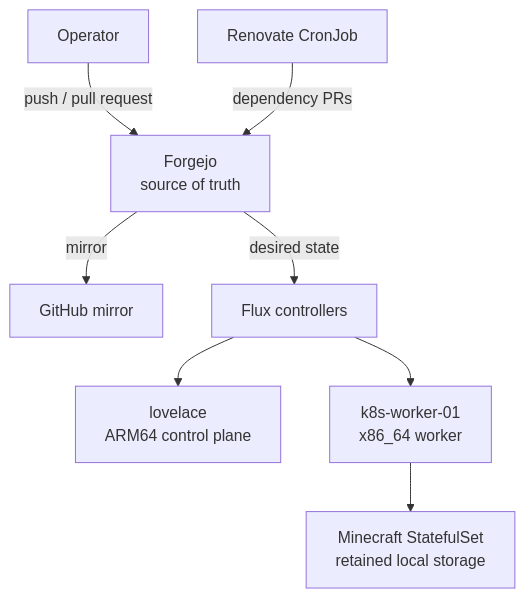
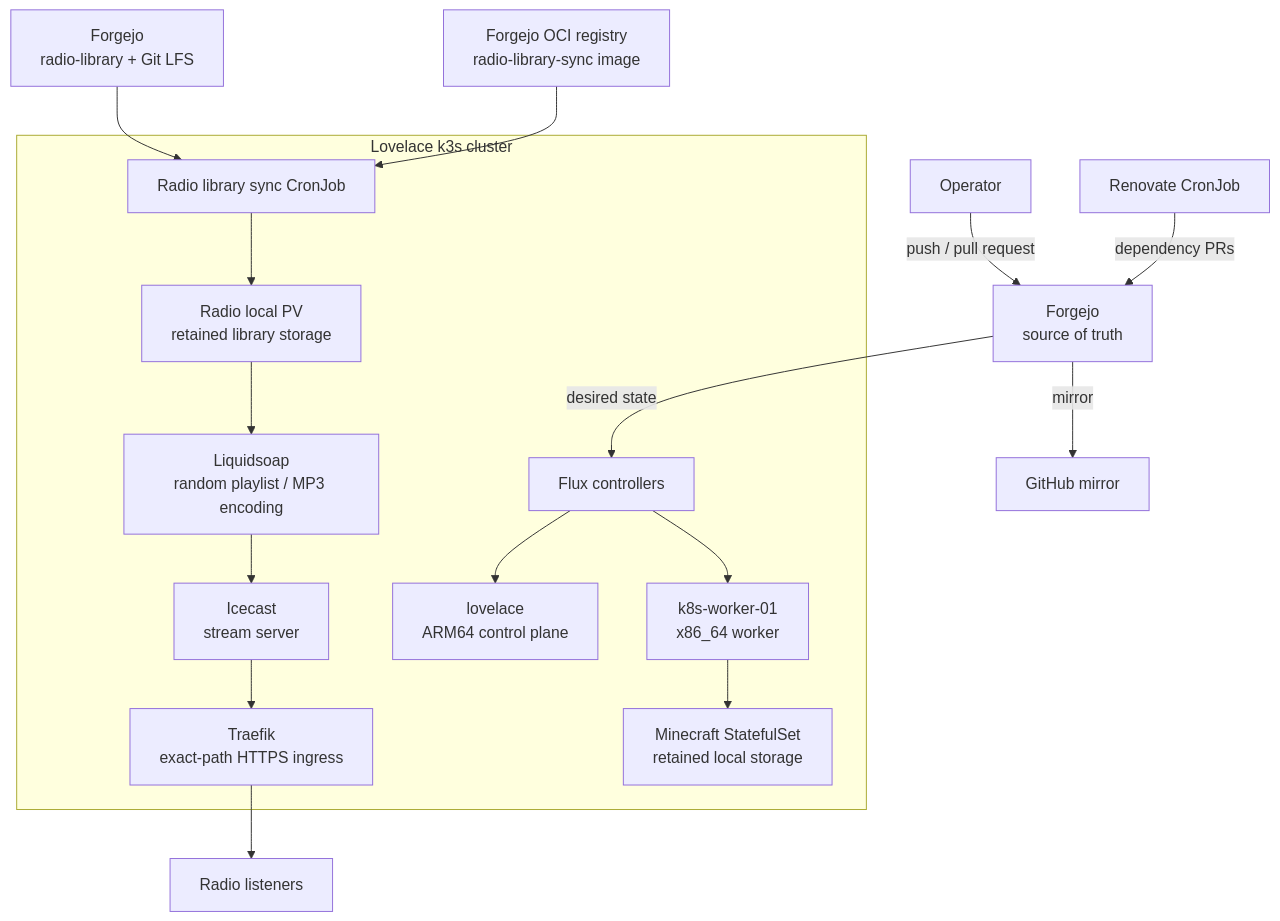
One commit to calico88x/lovelace-cluster changed the first of 2 diagrams in README.md. Above: the diagram before and after it, drawn with Mermaid. The commit also changed other lines of this file and 3 other files, not shown here.

Commit message:
docs: document radio architecture and operations

````diff
--- a/README.md
+++ b/README.md
@@ -9,10 +9,24 @@
 ```mermaid
 flowchart TD
-    user["Operator"] -->|push / pull request| forgejo["Forgejo\nsource of truth"]
+    operator["Operator"] -->|push / pull request| forgejo["Forgejo<br/>source of truth"]
     renovate["Renovate CronJob"] -->|dependency PRs| forgejo
     forgejo -->|mirror| github["GitHub mirror"]
     forgejo -->|desired state| flux["Flux controllers"]
-    flux --> control["lovelace\nARM64 control plane"]
-    flux --> worker["k8s-worker-01\nx86_64 worker"]
-    worker --> minecraft["Minecraft StatefulSet\nretained local storage"]
+
+    library["Forgejo<br/>radio-library + Git LFS"] --> radiosync
+    registry["Forgejo OCI registry<br/>radio-library-sync image"] --> radiosync
+
+    subgraph cluster["Lovelace k3s cluster"]
+        flux --> control["lovelace<br/>ARM64 control plane"]
+        flux --> worker["k8s-worker-01<br/>x86_64 worker"]
+
+        worker --> minecraft["Minecraft StatefulSet<br/>retained local storage"]
+
+        radiosync["Radio library sync CronJob"] --> radiopv["Radio local PV<br/>retained library storage"]
+        radiopv --> liquidsoap["Liquidsoap<br/>random playlist / MP3 encoding"]
+        liquidsoap --> icecast["Icecast<br/>stream server"]
+        icecast --> traefik["Traefik<br/>exact-path HTTPS ingress"]
+    end
+
+    traefik --> listeners["Radio listeners"]
 ```
````
